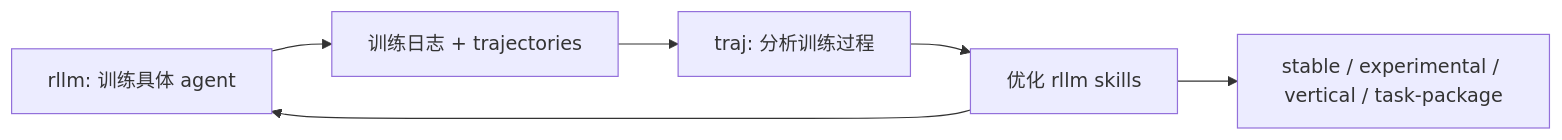
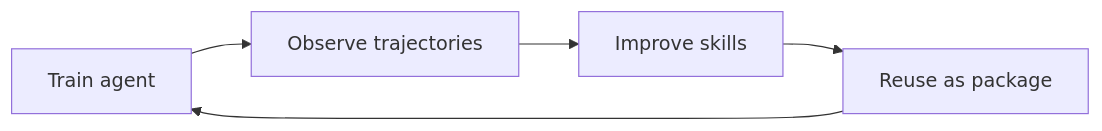
Before and after one commit to Codekiing/Agent4AgenticRL-Skill: the third of 3 diagrams in README.md, drawn with Mermaid. The commit also changed other lines of this file, not shown here.

````diff
--- a/README.md
+++ b/README.md
@@ -157,8 +100,7 @@
 ```mermaid
 flowchart LR
-    RLLM[rllm: 训练具体 agent] --> Logs[训练日志 + trajectories]
-    Logs --> TRAJ[traj: 分析训练过程]
-    TRAJ --> Patch[优化 rllm skills]
-    Patch --> RLLM
-    Patch --> Package[stable / experimental / vertical / task-package]
+    Train[Train agent] --> Observe[Observe trajectories]
+    Observe --> Improve[Improve skills]
+    Improve --> Reuse[Reuse as package]
+    Reuse --> Train
 ```
````
